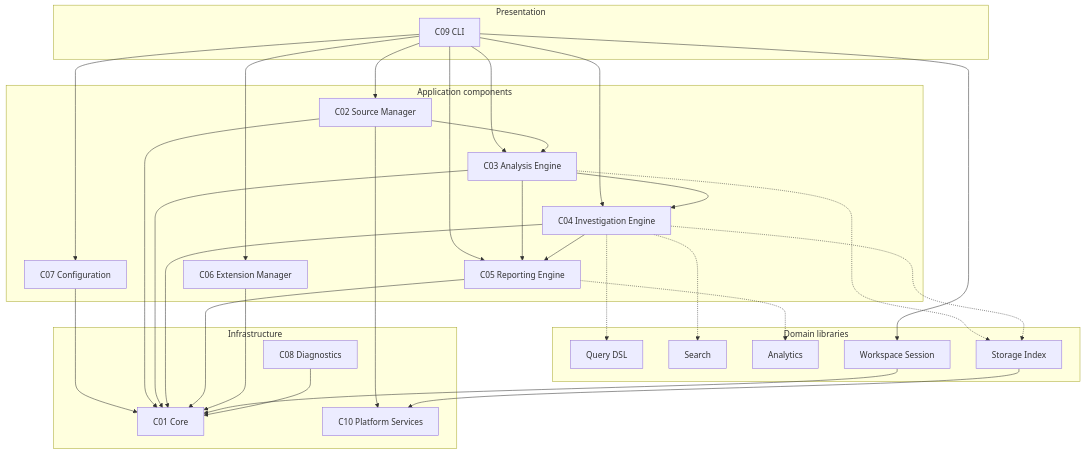
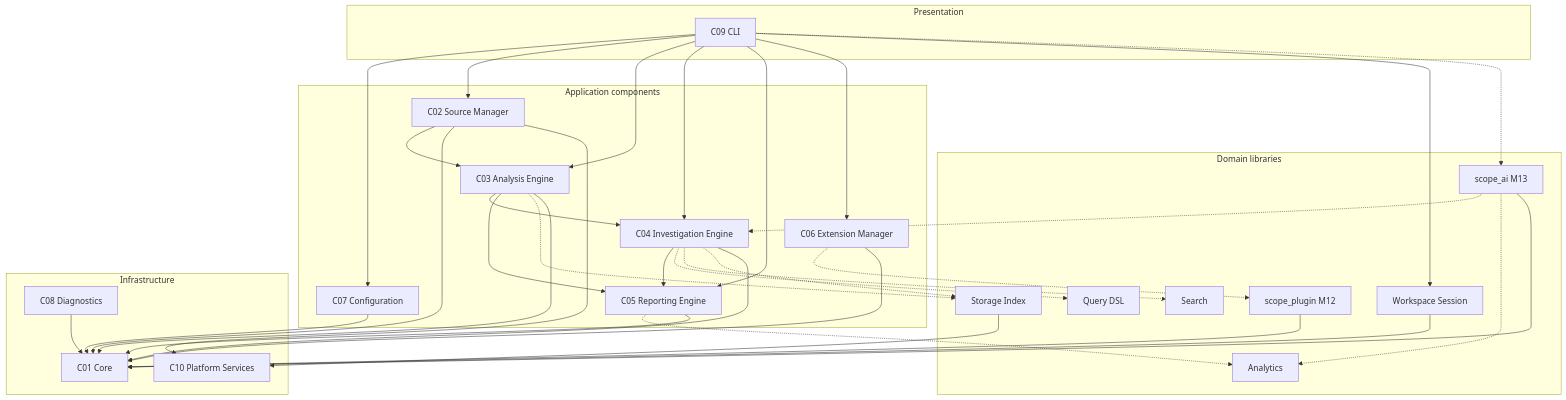
The diagram in docs/architecture/COMPONENT_CATALOG.md (AntonyCyriac/logscope), drawn with Mermaid before and after one commit. The commit also changed other lines of this file and 9 other files, not shown here.

````diff
--- a/docs/architecture/COMPONENT_CATALOG.md
+++ b/docs/architecture/COMPONENT_CATALOG.md
@@ -79,59 +79,67 @@
 ```mermaid
 flowchart TB
   subgraph presentation [Presentation]
     CLI[C09 CLI]
   end
 
   subgraph application [Application components]
     CFG[C07 Configuration]
     SRC[C02 Source Manager]
     ANA[C03 Analysis Engine]
     INV[C04 Investigation Engine]
     RPT[C05 Reporting Engine]
     EXT[C06 Extension Manager]
   end
 
   subgraph domain [Domain libraries]
     QRY[Query DSL]
     SRCH[Search]
     ANLY[Analytics]
     STO[Storage Index]
     SESS[Workspace Session]
+    AI[scope_ai M13]
+    PLG[scope_plugin M12]
   end
 
   subgraph infrastructure [Infrastructure]
     CORE[C01 Core]
     DIAG[C08 Diagnostics]
     PLAT[C10 Platform Services]
   end
 
   CLI --> CFG
   CLI --> SRC
   CLI --> ANA
   CLI --> INV
   CLI --> RPT
   CLI --> EXT
   CLI --> SESS
+  CLI -.-> AI
 
   SRC --> ANA
   ANA --> INV
   ANA --> RPT
   INV --> RPT
 
   INV -.-> QRY
   INV -.-> SRCH
   ANA -.-> STO
   INV -.-> STO
   RPT -.-> ANLY
+  EXT -.-> PLG
+  AI -.-> INV
+  AI -.-> ANLY
 
   CFG --> CORE
   SRC --> CORE
   ANA --> CORE
   INV --> CORE
   RPT --> CORE
   EXT --> CORE
   SESS --> CORE
+  AI --> CORE
+  PLG --> CORE
   DIAG --> CORE
   SRC --> PLAT
   STO --> PLAT
 ```
````
